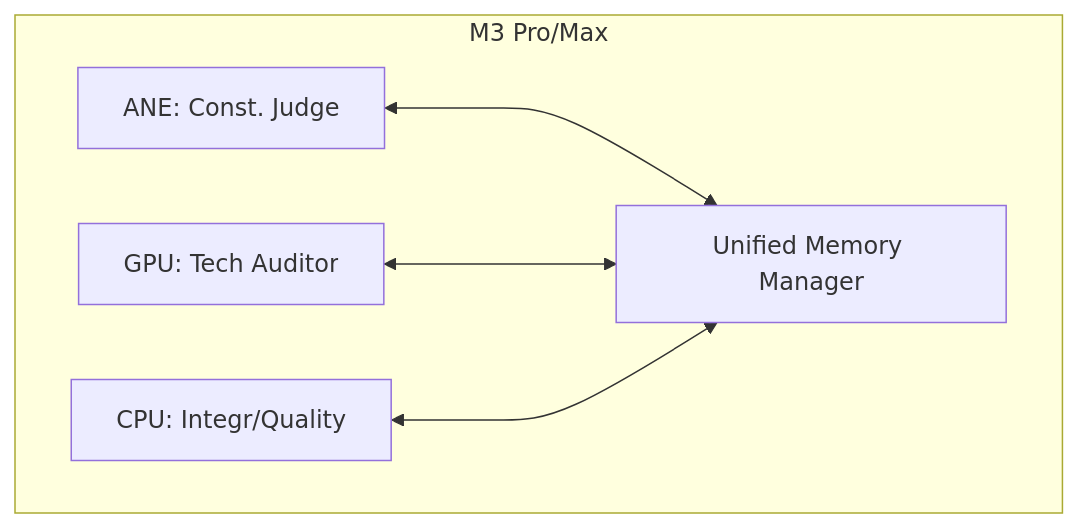
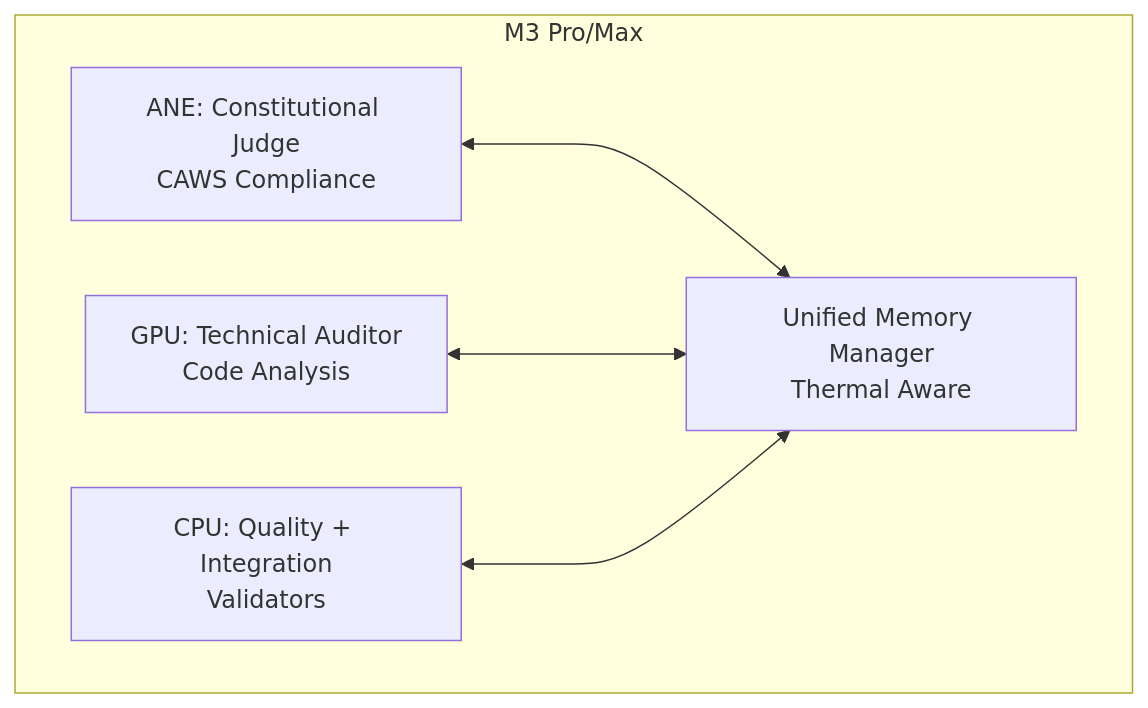
Before and after one commit to darianrosebrook/agent-agency: the second of 2 diagrams in iterations/v3/docs/architecture.md, drawn with Mermaid. The commit also changed other lines of this file and 8 other files, not shown here.

First line of the commit message:
docs: comprehensive documentation cleanup and architecture updates

````diff
--- a/iterations/v3/docs/architecture.md
+++ b/iterations/v3/docs/architecture.md
@@ -61,12 +98,12 @@
 ```mermaid
 flowchart TB
   subgraph Device[M3 Pro/Max]
-    ANE[ANE: Const. Judge]
-    GPU[GPU: Tech Auditor]
-    CPU[CPU: Integr/Quality]
-    MEM[Unified Memory Manager]
+    ANE[ANE: Constitutional Judge<br/>CAWS Compliance]
+    GPU[GPU: Technical Auditor<br/>Code Analysis]
+    CPU[CPU: Quality + Integration<br/>Validators]
+    MEM[Unified Memory Manager<br/>Thermal Aware]
   end
   ANE <---> MEM
   GPU <---> MEM
   CPU <---> MEM
 ```
````
